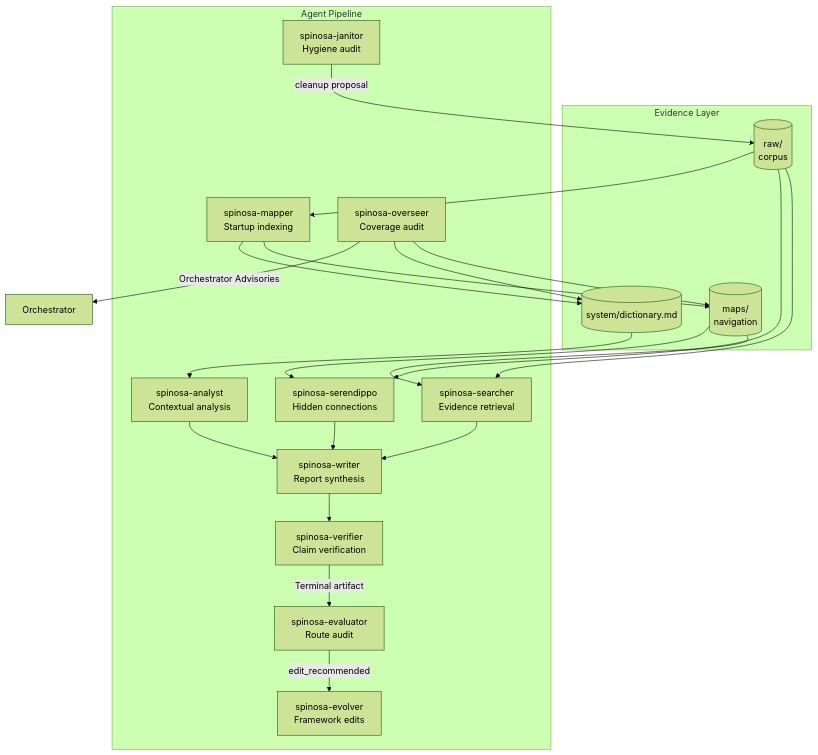
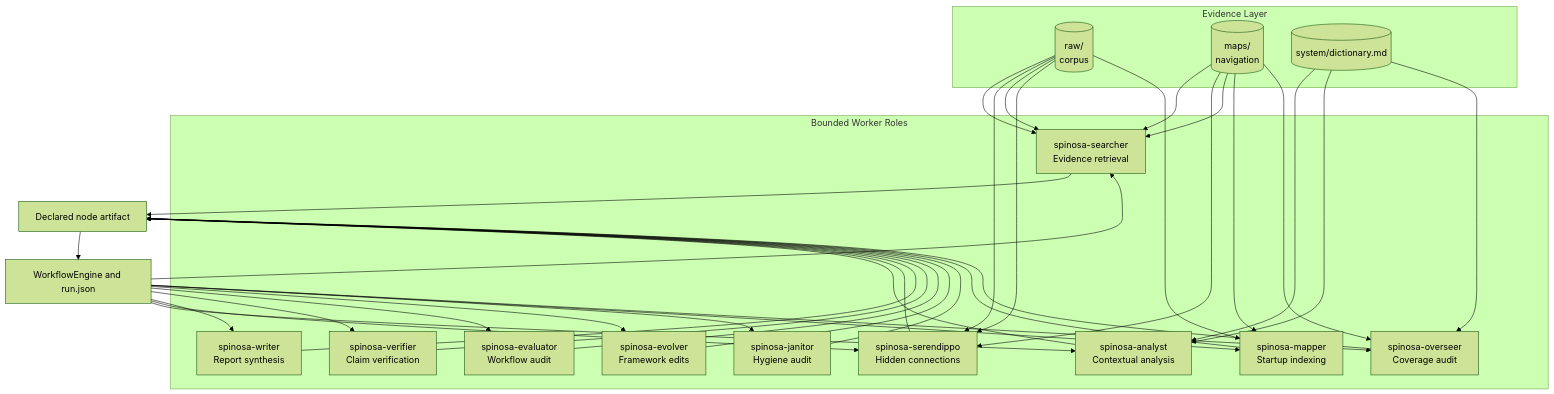
Before and after one commit to medialab/spinosa: the third of 9 diagrams in workspace-template/docs/diagrams.md, drawn with Mermaid (forest theme). The commit also changed other lines of this file and 12 other files, not shown here.

````diff
--- a/workspace-template/docs/diagrams.md
+++ b/workspace-template/docs/diagrams.md
@@ -108,38 +87,55 @@
 ```mermaid
 flowchart TB
     subgraph Evidence ["Evidence Layer"]
         RAW[(raw/\ncorpus)]
         MAPS[(maps/\nnavigation)]
         DICT[(system/dictionary.md)]
     end
 
-    subgraph Agents ["Agent Pipeline"]
+    subgraph Agents ["Bounded Worker Roles"]
         SEARCH[spinosa-searcher\nEvidence retrieval]
         ANALYST[spinosa-analyst\nContextual analysis]
         SEREN2[spinosa-serendippo\nHidden connections]
         WRITER[spinosa-writer\nReport synthesis]
         VERIFIER[spinosa-verifier\nClaim verification]
-        EVALUATOR[spinosa-evaluator\nRoute audit]
+        EVALUATOR[spinosa-evaluator\nWorkflow audit]
         EVOLVER[spinosa-evolver\nFramework edits]
         JANITOR[spinosa-janitor\nHygiene audit]
         MAPPER[spinosa-mapper\nStartup indexing]
         OVERSEER[spinosa-overseer\nCoverage audit]
     end
 
     RAW --> SEARCH
     MAPS --> SEARCH
     MAPS --> SEREN2
     RAW --> SEREN2
     DICT --> ANALYST
-    SEARCH & ANALYST & SEREN2 --> WRITER
-    WRITER --> VERIFIER
-    VERIFIER --> |Terminal artifact| EVALUATOR
-    EVALUATOR --> |edit_recommended| EVOLVER
-    JANITOR --> |cleanup proposal| RAW
+    ENGINE[WorkflowEngine and run.json] --> SEARCH
+    ENGINE --> ANALYST
+    ENGINE --> SEREN2
+    ENGINE --> WRITER
+    ENGINE --> VERIFIER
+    ENGINE --> EVALUATOR
+    ENGINE --> EVOLVER
+    ENGINE --> JANITOR
+    ENGINE --> MAPPER
+    ENGINE --> OVERSEER
+    RAW & MAPS --> SEARCH
+    RAW --> SEREN2
+    DICT --> ANALYST
     RAW --> MAPPER
-    MAPPER --> MAPS
-    MAPPER --> DICT
-    OVERSEER --> MAPS
-    OVERSEER --> DICT
-    OVERSEER --> |Orchestrator Advisories| ORCH[Orchestrator]
+    MAPS --> MAPPER
+    MAPS --> OVERSEER
+    DICT --> OVERSEER
+    SEARCH --> OUT[Declared node artifact]
+    ANALYST --> OUT
+    SEREN2 --> OUT
+    WRITER --> OUT
+    VERIFIER --> OUT
+    EVALUATOR --> OUT
+    EVOLVER --> OUT
+    JANITOR --> OUT
+    MAPPER --> OUT
+    OVERSEER --> OUT
+    OUT --> ENGINE
 ```
````
